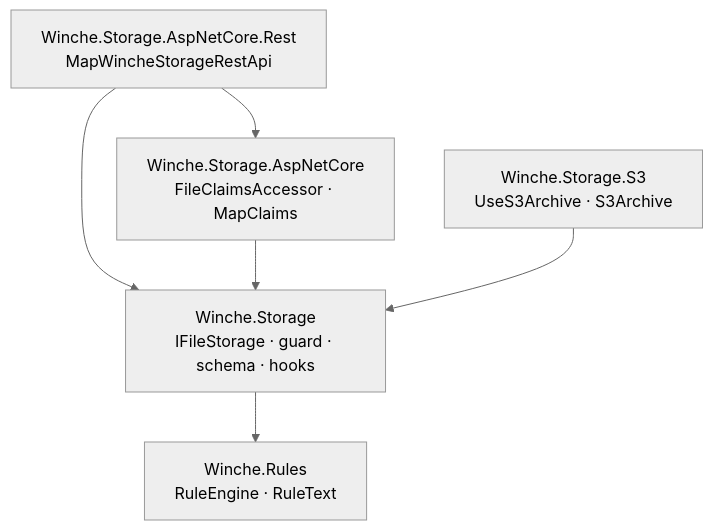
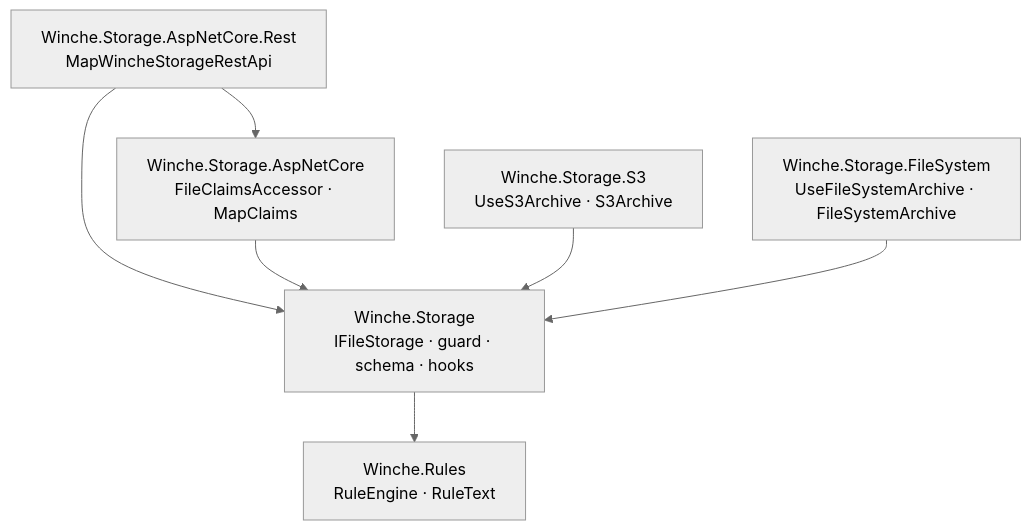
One commit to FlameOfUdun/winche-storage changed the first of 6 diagrams in README.md. Above: the diagram before and after it, drawn with Mermaid (neutral theme). The commit also changed other lines of this file and 109 other files, not shown here.

First line of the commit message:
Winche.Storage: since 9.0.0

````diff
--- a/README.md
+++ b/README.md
@@ -20,14 +21,16 @@
 ```mermaid
 flowchart TD
     Rest["Winche.Storage.AspNetCore.Rest<br/>MapWincheStorageRestApi"]
     Base["Winche.Storage.AspNetCore<br/>FileClaimsAccessor · MapClaims"]
     S3["Winche.Storage.S3<br/>UseS3Archive · S3Archive"]
+    FS["Winche.Storage.FileSystem<br/>UseFileSystemArchive · FileSystemArchive"]
     Core["Winche.Storage<br/>IFileStorage · guard · schema · hooks"]
     Rules["Winche.Rules<br/>RuleEngine · RuleText"]
 
     Rest --> Base
     Rest --> Core
     Base --> Core
     S3 --> Core
+    FS --> Core
     Core --> Rules
 ```
````
